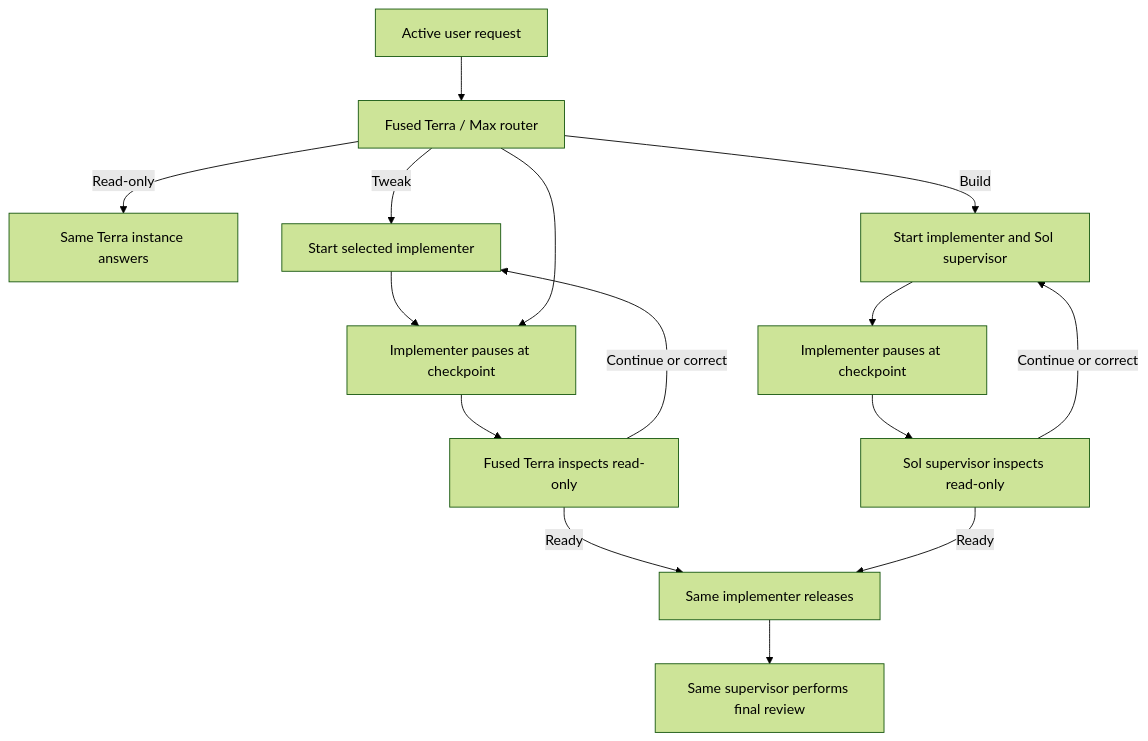
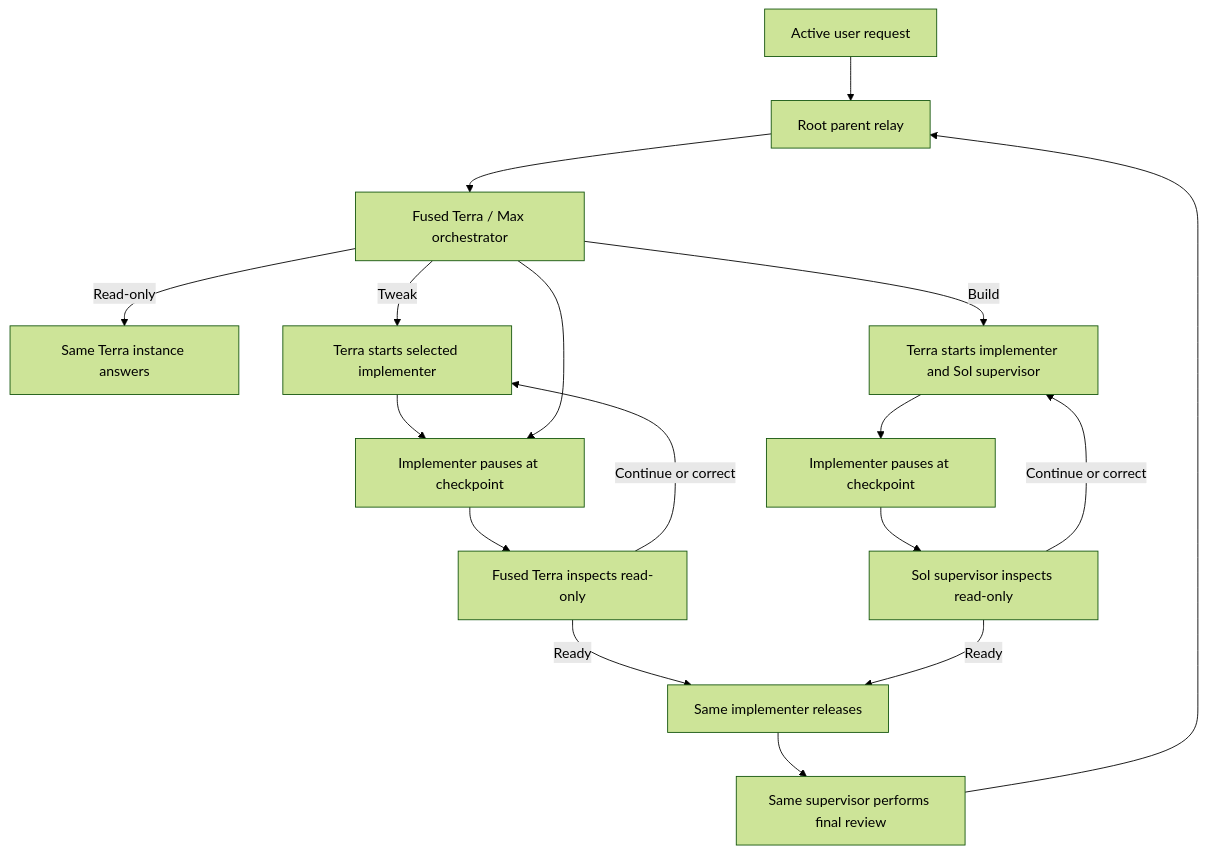
One commit to jessejaffe/codex-orchestration changed the diagram in README.md. Above: the diagram before and after it, drawn with Mermaid (forest theme). The commit also changed other lines of this file and 13 other files, not shown here.

Commit message:
Nest orchestration under fused Terra

````diff
--- a/README.md
+++ b/README.md
@@ -60,17 +61,19 @@
 ```mermaid
 flowchart TD
-    U["Active user request"] --> T["Fused Terra / Max router"]
+    U["Active user request"] --> P["Root parent relay"]
+    P --> T["Fused Terra / Max orchestrator"]
     T -->|"Read-only"| R["Same Terra instance answers"]
-    T -->|"Tweak"| I["Start selected implementer"]
-    T -->|"Build"| B["Start implementer and Sol supervisor"]
+    T -->|"Tweak"| I["Terra starts selected implementer"]
+    T -->|"Build"| B["Terra starts implementer and Sol supervisor"]
     I --> C["Implementer pauses at checkpoint"]
     T --> C
     B --> D["Implementer pauses at checkpoint"]
     C --> V["Fused Terra inspects read-only"]
     D --> S["Sol supervisor inspects read-only"]
     V -->|"Continue or correct"| I
     S -->|"Continue or correct"| B
     V -->|"Ready"| X["Same implementer releases"]
     S -->|"Ready"| X
     X --> F["Same supervisor performs final review"]
+    F --> P
 ```
````
